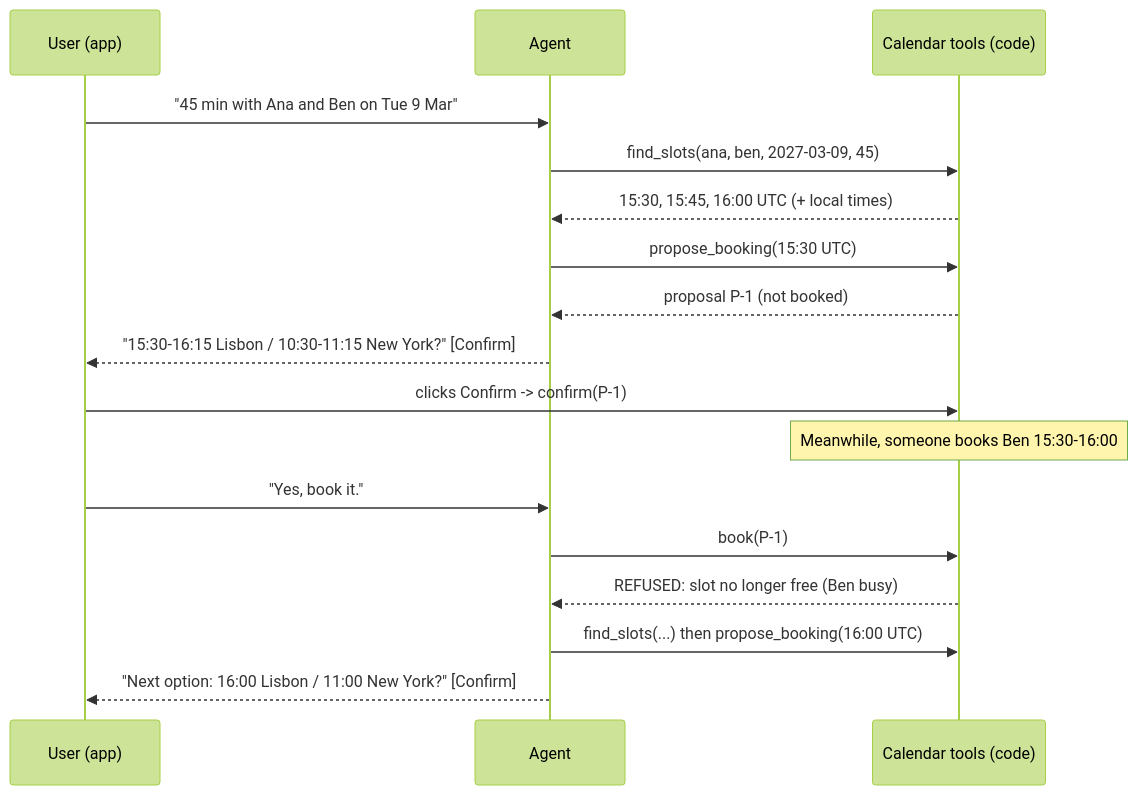
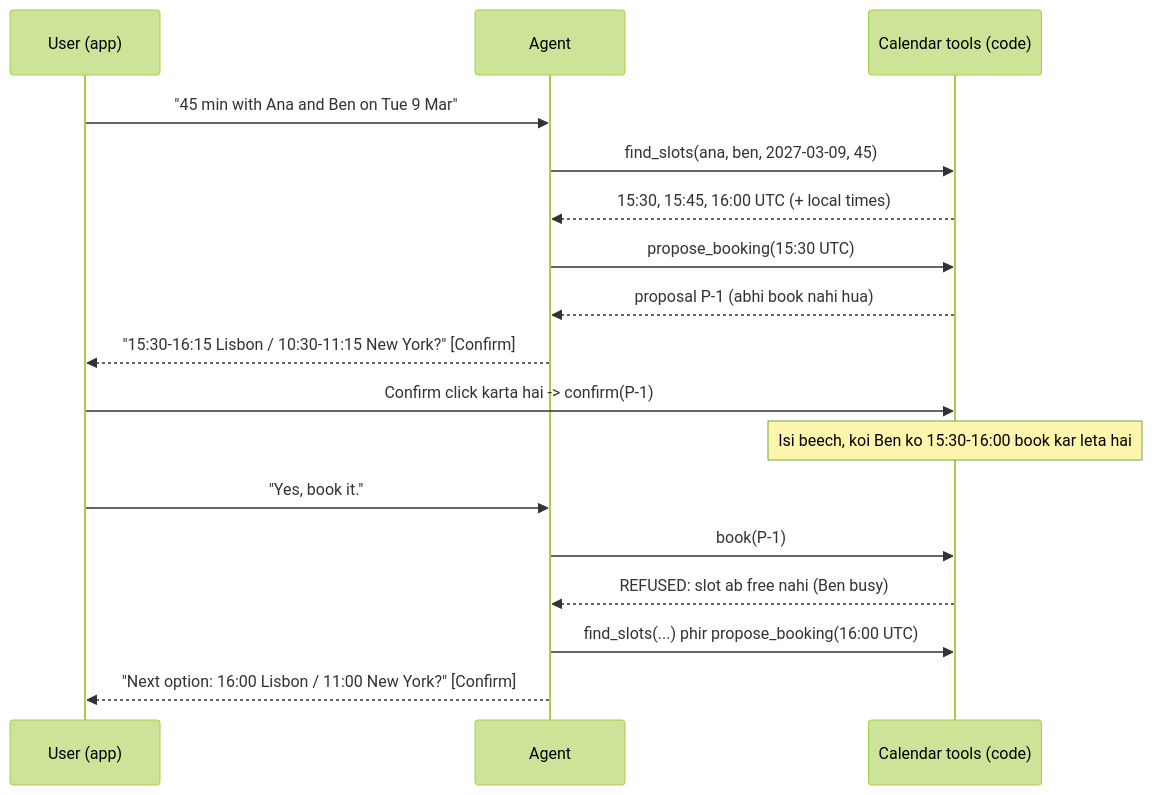
The diagram in docs/17-case-studies/17.5-booking-and-scheduling-agent.md (asmustechno/agentic-ai-notes), drawn with Mermaid (forest theme) before and after one commit. The commit also changed other lines of this file and 135 other files, not shown here.

````diff
--- a/docs/17-case-studies/17.5-booking-and-scheduling-agent.md
+++ b/docs/17-case-studies/17.5-booking-and-scheduling-agent.md
@@ -45,19 +49,19 @@
 ```mermaid
 sequenceDiagram
     participant U as User (app)
     participant A as Agent
     participant C as Calendar tools (code)
     U->>A: "45 min with Ana and Ben on Tue 9 Mar"
     A->>C: find_slots(ana, ben, 2027-03-09, 45)
     C-->>A: 15:30, 15:45, 16:00 UTC (+ local times)
     A->>C: propose_booking(15:30 UTC)
-    C-->>A: proposal P-1 (not booked)
+    C-->>A: proposal P-1 (abhi book nahi hua)
     A-->>U: "15:30-16:15 Lisbon / 10:30-11:15 New York?" [Confirm]
-    U->>C: clicks Confirm -> confirm(P-1)
-    Note over C: Meanwhile, someone books Ben 15:30-16:00
+    U->>C: Confirm click karta hai -> confirm(P-1)
+    Note over C: Isi beech, koi Ben ko 15:30-16:00 book kar leta hai
     U->>A: "Yes, book it."
     A->>C: book(P-1)
-    C-->>A: REFUSED: slot no longer free (Ben busy)
-    A->>C: find_slots(...) then propose_booking(16:00 UTC)
+    C-->>A: REFUSED: slot ab free nahi (Ben busy)
+    A->>C: find_slots(...) phir propose_booking(16:00 UTC)
     A-->>U: "Next option: 16:00 Lisbon / 11:00 New York?" [Confirm]
 ```
````
